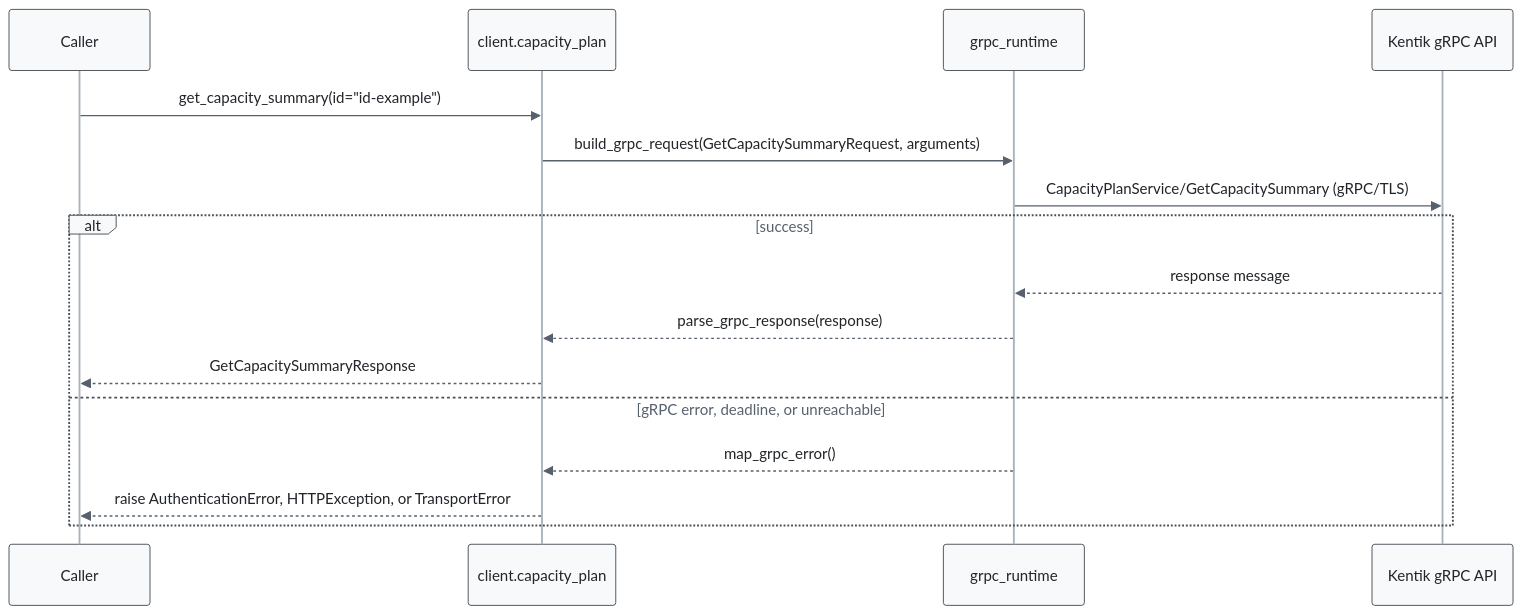
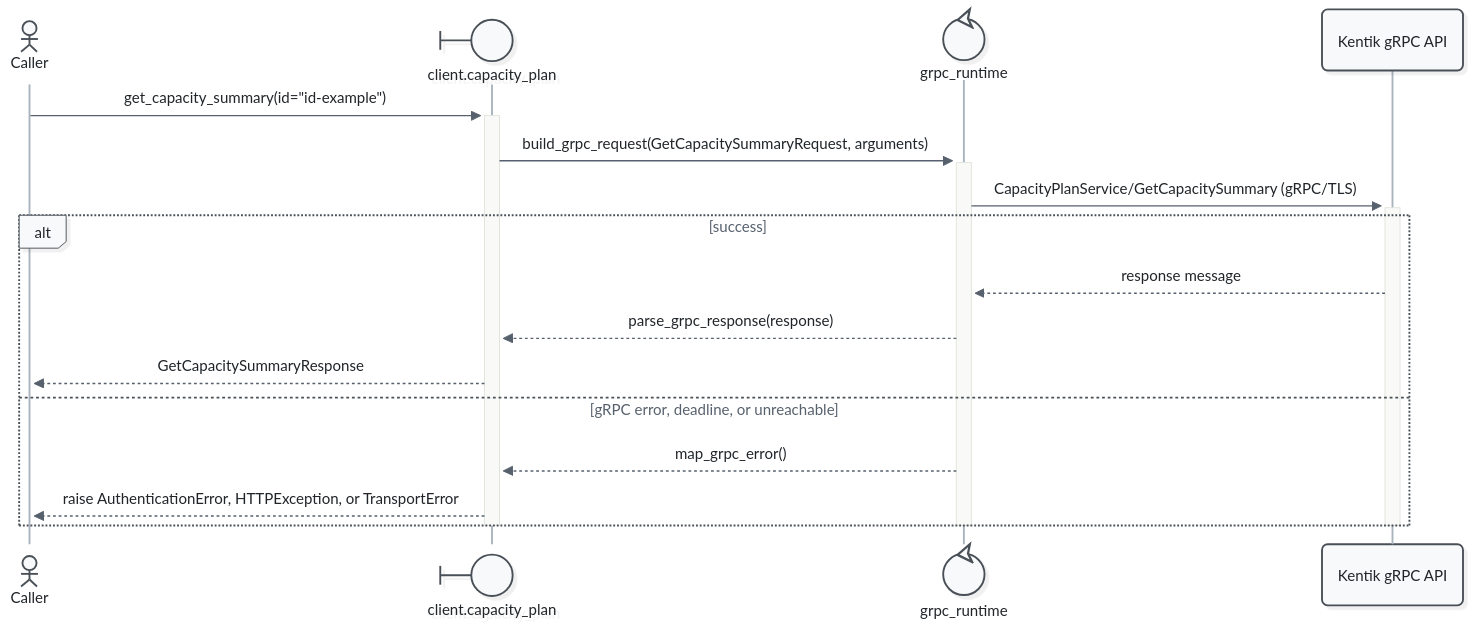
Before and after one commit to alexdearaujo/community_sdk_python: the eighth of 9 diagrams in docs/sphinx/services/capacity_plan.md, drawn with Mermaid. The commit also changed other lines of this file and 52 other files, not shown here.

First line of the commit message:
docs: Mermaid 12 sequence diagrams with participant types and path colors

````diff
--- a/docs/sphinx/services/capacity_plan.md
+++ b/docs/sphinx/services/capacity_plan.md
@@ -273,20 +290,23 @@
 ```mermaid
-%%{init: {"theme": "base", "fontFamily": "ui-monospace, SFMono-Regular, Menlo, monospace", "themeVariables": {"fontFamily": "ui-monospace, SFMono-Regular, Menlo, monospace", "primaryColor": "#f8f9fa", "primaryBorderColor": "#495057", "primaryTextColor": "#212529", "textColor": "#212529", "lineColor": "#77818c", "edgeLabelBackground": "#ffffff", "actorBkg": "#f8f9fa", "actorBorder": "#495057", "actorTextColor": "#212529", "actorLineColor": "#a9b3be", "signalColor": "#57616d", "signalTextColor": "#212529", "labelBoxBkgColor": "#f8f9fa", "labelBoxBorderColor": "#495057", "labelTextColor": "#212529", "loopTextColor": "#57616d", "noteBkgColor": "#fff9db", "noteBorderColor": "#f08c00", "noteTextColor": "#a35a00"}, "flowchart": {"curve": "step", "nodeSpacing": 30, "rankSpacing": 70, "wrappingWidth": 400}}}%%
+%%{init: {"theme": "redux", "look": "neo", "layout": "dagre", "fontFamily": "ui-monospace, SFMono-Regular, Menlo, monospace", "themeVariables": {"fontFamily": "ui-monospace, SFMono-Regular, Menlo, monospace", "primaryColor": "#f8f9fa", "primaryBorderColor": "#495057", "primaryTextColor": "#212529", "textColor": "#212529", "lineColor": "#77818c", "edgeLabelBackground": "#ffffff", "actorBkg": "#f8f9fa", "actorBorder": "#495057", "actorTextColor": "#212529", "actorLineColor": "#a9b3be", "signalColor": "#57616d", "signalTextColor": "#212529", "labelBoxBkgColor": "#f8f9fa", "labelBoxBorderColor": "#495057", "labelTextColor": "#212529", "loopTextColor": "#57616d", "noteBkgColor": "#fff9db", "noteBorderColor": "#f08c00", "noteTextColor": "#a35a00"}, "sequence": {"activationWidth": 16}, "flowchart": {"curve": "step", "nodeSpacing": 30, "rankSpacing": 70, "wrappingWidth": 400}}}%%
 sequenceDiagram
-    participant C as Caller
-    participant W as client.capacity_plan
-    participant R as grpc_runtime
+    actor C as Caller
+    participant W@{ "type": "boundary" } as client.capacity_plan
+    participant R@{ "type": "control" } as grpc_runtime
     participant API as Kentik gRPC API
 
-    C->>W: get_capacity_summary(id="id-example")
-    W->>R: build_grpc_request(GetCapacitySummaryRequest, arguments)
-    R->>API: CapacityPlanService/GetCapacitySummary (gRPC/TLS)
+    C->>+W: get_capacity_summary(id="id-example")
+    W->>+R: build_grpc_request(GetCapacitySummaryRequest, arguments)
+    R->>+API: CapacityPlanService/GetCapacitySummary (gRPC/TLS)
     alt success
         API-->>R: response message
         R-->>W: parse_grpc_response(response)
         W-->>C: GetCapacitySummaryResponse
     else gRPC error, deadline, or unreachable
         R-->>W: map_grpc_error()
         W-->>C: raise AuthenticationError, HTTPException, or TransportError
     end
+    deactivate API
+    deactivate R
+    deactivate W
 ```
````
